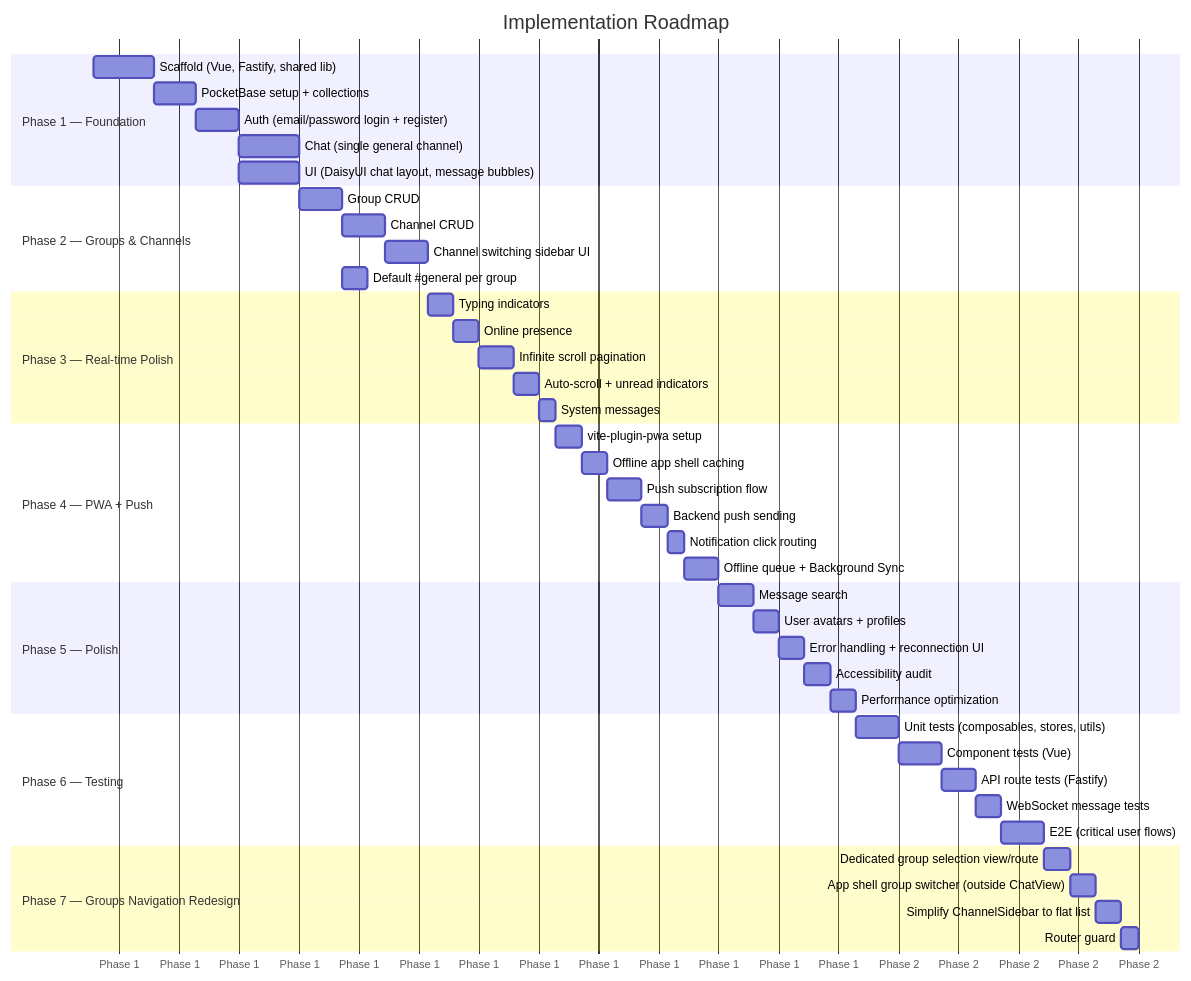
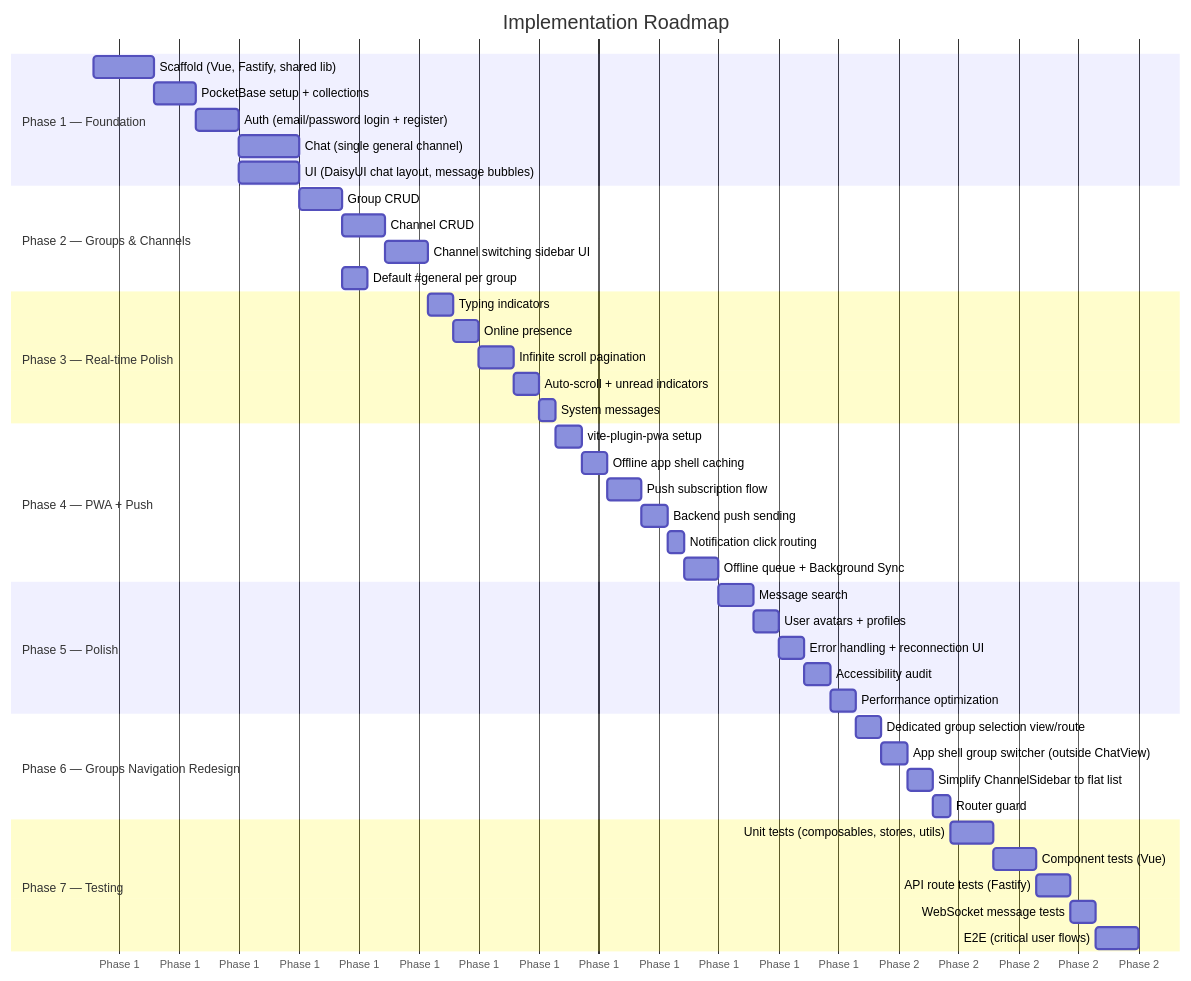
Before and after one commit to davidjonesibm/chat: the sixth of 7 diagrams in docs/ARCHITECTURE.md, drawn with Mermaid. The commit also changed other lines of this file and 6 other files, not shown here.

````diff
--- a/docs/ARCHITECTURE.md
+++ b/docs/ARCHITECTURE.md
@@ -543,54 +546,54 @@
 ```mermaid
 gantt
     title Implementation Roadmap
     dateFormat  YYYY-MM-DD
     axisFormat  Phase %q
 
     section Phase 1 — Foundation
     Scaffold (Vue, Fastify, shared lib)         :p1a, 2026-01-01, 7d
     PocketBase setup + collections             :p1b, after p1a, 5d
     Auth (email/password login + register)     :p1c, after p1b, 5d
     Chat (single general channel)              :p1d, after p1c, 7d
     UI (DaisyUI chat layout, message bubbles)  :p1e, after p1c, 7d
 
     section Phase 2 — Groups & Channels
     Group CRUD                                 :p2a, after p1e, 5d
     Channel CRUD                               :p2b, after p2a, 5d
     Channel switching sidebar UI               :p2c, after p2b, 5d
     Default #general per group                 :p2d, after p2a, 3d
 
     section Phase 3 — Real-time Polish
     Typing indicators                          :p3a, after p2c, 3d
     Online presence                            :p3b, after p3a, 3d
     Infinite scroll pagination                 :p3c, after p3b, 4d
     Auto-scroll + unread indicators            :p3d, after p3c, 3d
     System messages                            :p3e, after p3d, 2d
 
     section Phase 4 — PWA + Push
     vite-plugin-pwa setup                      :p4a, after p3e, 3d
     Offline app shell caching                  :p4b, after p4a, 3d
     Push subscription flow                     :p4c, after p4b, 4d
     Backend push sending                       :p4d, after p4c, 3d
     Notification click routing                 :p4e, after p4d, 2d
     Offline queue + Background Sync            :p4f, after p4e, 4d
 
     section Phase 5 — Polish
     Message search                             :p5a, after p4f, 4d
     User avatars + profiles                    :p5b, after p5a, 3d
     Error handling + reconnection UI           :p5c, after p5b, 3d
     Accessibility audit                        :p5d, after p5c, 3d
     Performance optimization                   :p5e, after p5d, 3d
 
-    section Phase 6 — Testing
-    Unit tests (composables, stores, utils)    :p6a, after p5e, 5d
-    Component tests (Vue)                      :p6b, after p6a, 5d
-    API route tests (Fastify)                  :p6c, after p6b, 4d
-    WebSocket message tests                     :p6d, after p6c, 3d
-    E2E (critical user flows)                  :p6e, after p6d, 5d
+    section Phase 6 — Groups Navigation Redesign
+    Dedicated group selection view/route        :p6a, after p5e, 3d
+    App shell group switcher (outside ChatView) :p6b, after p6a, 3d
+    Simplify ChannelSidebar to flat list        :p6c, after p6b, 3d
+    Router guard: require active group context  :p6d, after p6c, 2d
 
-    section Phase 7 — Groups Navigation Redesign
-    Dedicated group selection view/route        :p7a, after p6e, 3d
-    App shell group switcher (outside ChatView) :p7b, after p7a, 3d
-    Simplify ChannelSidebar to flat list        :p7c, after p7b, 3d
-    Router guard: require active group context  :p7d, after p7c, 2d
+    section Phase 7 — Testing
+    Unit tests (composables, stores, utils)    :p7a, after p6d, 5d
+    Component tests (Vue)                      :p7b, after p7a, 5d
+    API route tests (Fastify)                  :p7c, after p7b, 4d
+    WebSocket message tests                     :p7d, after p7c, 3d
+    E2E (critical user flows)                  :p7e, after p7d, 5d
 ```
````
